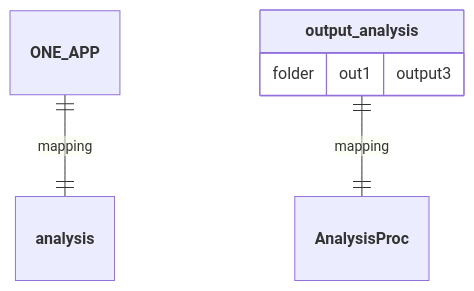
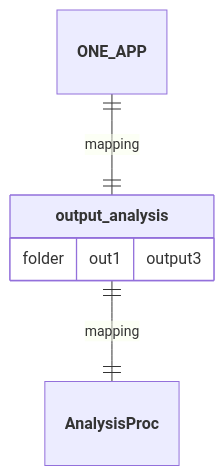
Before and after one commit to nuremics/nuremics-labs: the fourth of 5 diagrams in src/apps/ONE_APP/README.md, drawn with Mermaid.

Commit message:
update ONE_APP README

````diff
--- a/src/apps/ONE_APP/README.md
+++ b/src/apps/ONE_APP/README.md
@@ -78,9 +78,9 @@
 ```mermaid
 erDiagram
-  **ONE_APP** ||--|| **analysis** : mapping
+  **ONE_APP** ||--|| **output_analysis** : mapping
   **output_analysis** ||--|| **AnalysisProc** : mapping
 
   **output_analysis** {
     folder out1 "output3"
   }
 ```
````
